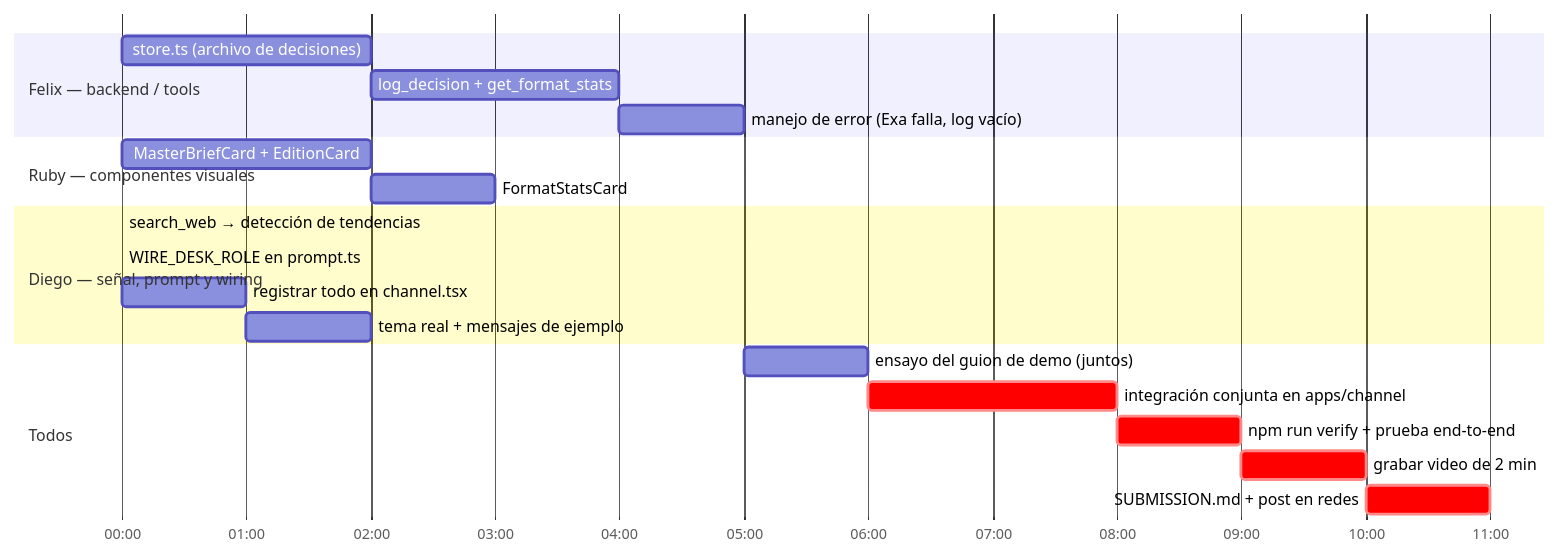
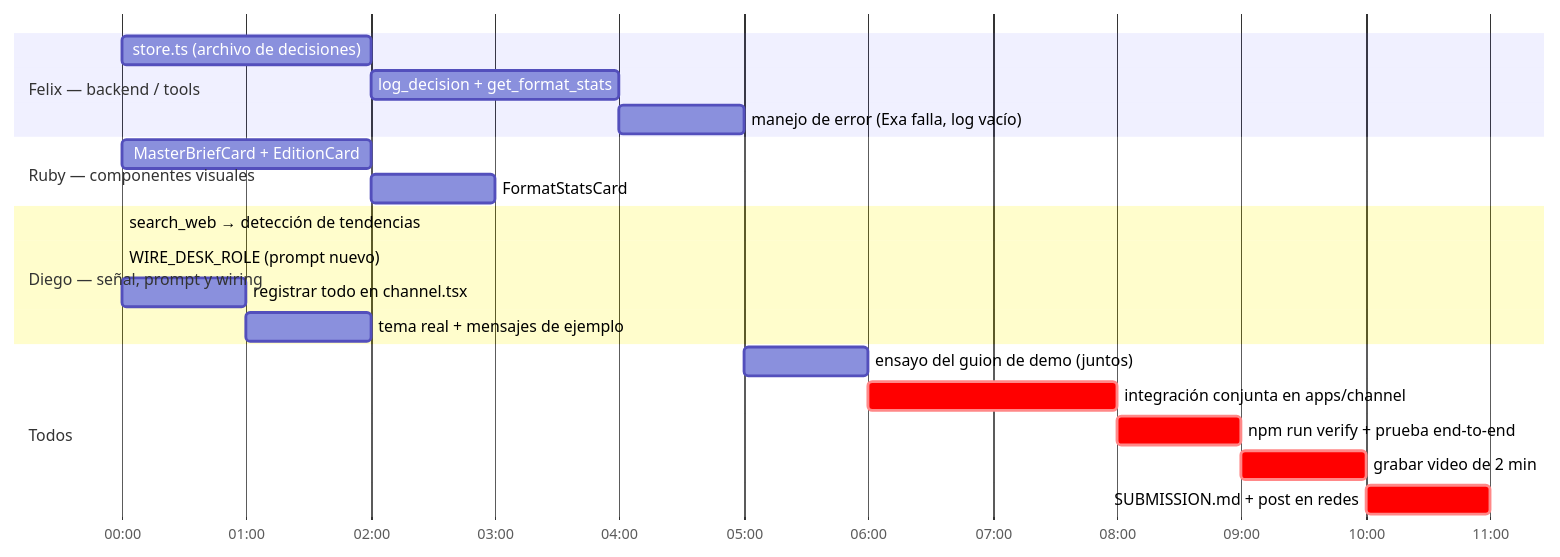
One commit to mmfelix/bitcoders-ai-tinkerers changed the diagram in docs/PLAN_HACKATHON.md. Above: the diagram before and after it, drawn with Mermaid. The commit also changed other lines of this file and 1 other file, not shown here.

````diff
--- a/docs/PLAN_HACKATHON.md
+++ b/docs/PLAN_HACKATHON.md
@@ -7,28 +9,28 @@
 ```mermaid
 gantt
     dateFormat  HH:mm
     axisFormat  %H:%M
     todayMarker off
 
     section Felix — backend / tools
     store.ts (archivo de decisiones)      :a1, 00:00, 2h
     log_decision + get_format_stats       :a2, after a1, 2h
     manejo de error (Exa falla, log vacío):a3, after a2, 1h
 
     section Ruby — componentes visuales
     MasterBriefCard + EditionCard         :b1, 00:00, 2h
     FormatStatsCard                       :b2, after b1, 1h
 
     section Diego — señal, prompt y wiring
     search_web → detección de tendencias  :c1, 00:00, 1h30m
-    WIRE_DESK_ROLE en prompt.ts           :c2, after c1, 1h30m
+    WIRE_DESK_ROLE (prompt nuevo)         :c2, after c1, 1h30m
     registrar todo en channel.tsx         :c3, after c2, 1h
     tema real + mensajes de ejemplo       :c4, after c3, 1h
 
     section Todos
     ensayo del guion de demo (juntos)     :d0, after a3, 1h
     integración conjunta en apps/channel  :crit, d1, after d0, 2h
     npm run verify + prueba end-to-end    :crit, d2, after d1, 1h
     grabar video de 2 min                 :crit, d3, after d2, 1h
     SUBMISSION.md + post en redes         :crit, d4, after d3, 1h
 ```
````
